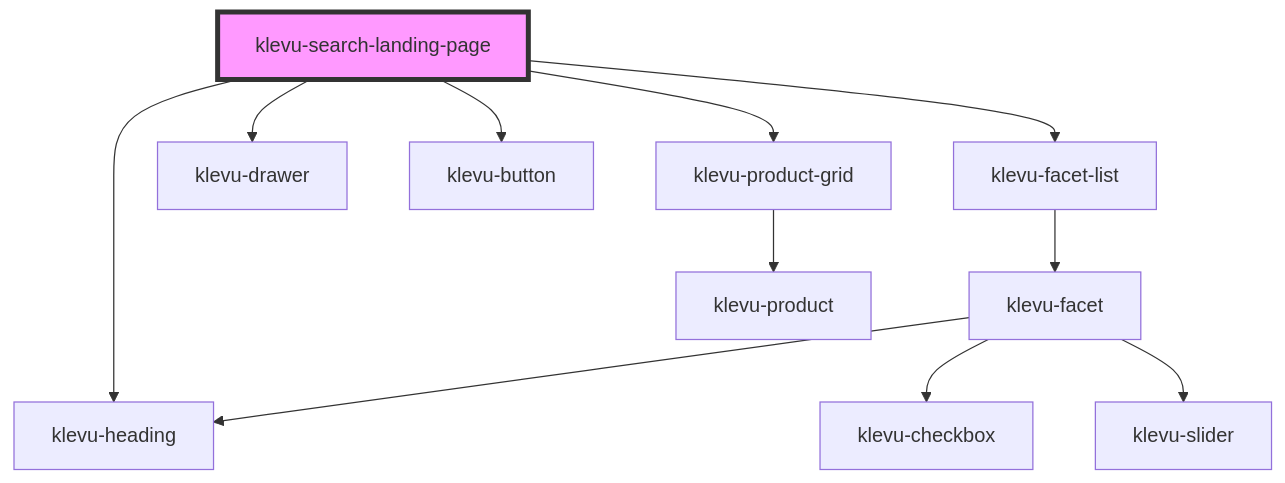
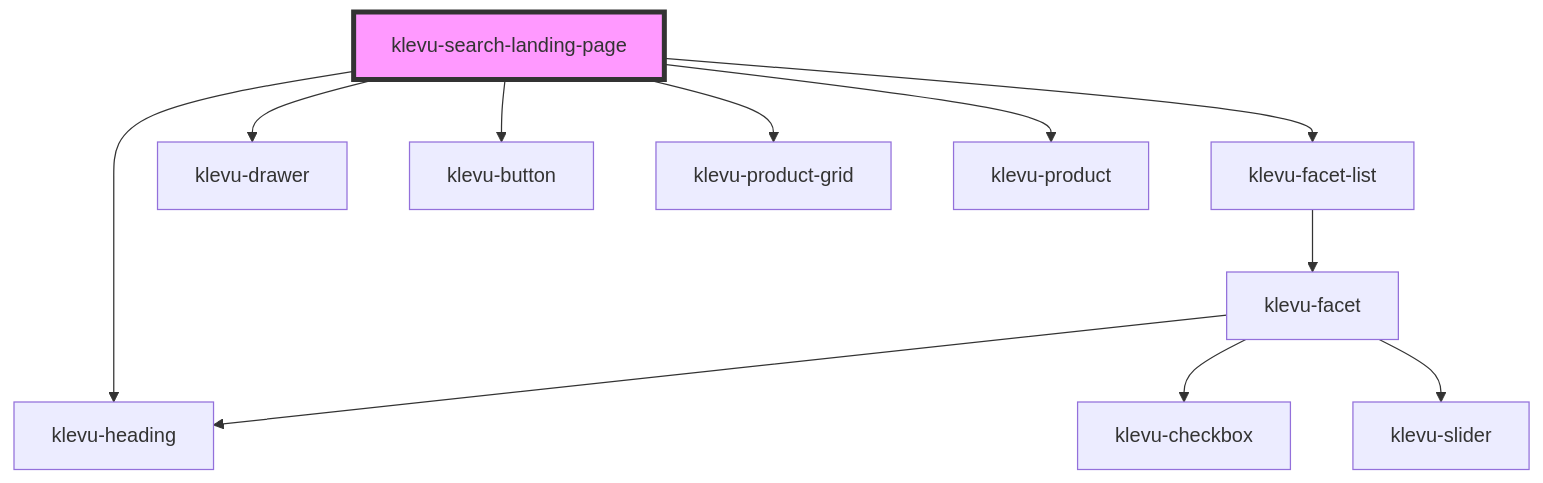
The diagram in packages/klevu-ui/src/components/klevu-search-landing-page/readme.md (klevultd/frontend-sdk), drawn with Mermaid before and after one commit. The commit also changed other lines of this file and 20 other files, not shown here.

````diff
--- a/packages/klevu-ui/src/components/klevu-search-landing-page/readme.md
+++ b/packages/klevu-ui/src/components/klevu-search-landing-page/readme.md
@@ -31,14 +32,14 @@
 ```mermaid
 graph TD;
   klevu-search-landing-page --> klevu-facet-list
   klevu-search-landing-page --> klevu-heading
   klevu-search-landing-page --> klevu-drawer
   klevu-search-landing-page --> klevu-button
   klevu-search-landing-page --> klevu-product-grid
+  klevu-search-landing-page --> klevu-product
   klevu-facet-list --> klevu-facet
   klevu-facet --> klevu-heading
   klevu-facet --> klevu-checkbox
   klevu-facet --> klevu-slider
-  klevu-product-grid --> klevu-product
   style klevu-search-landing-page fill:#f9f,stroke:#333,stroke-width:4px
 ```
````
